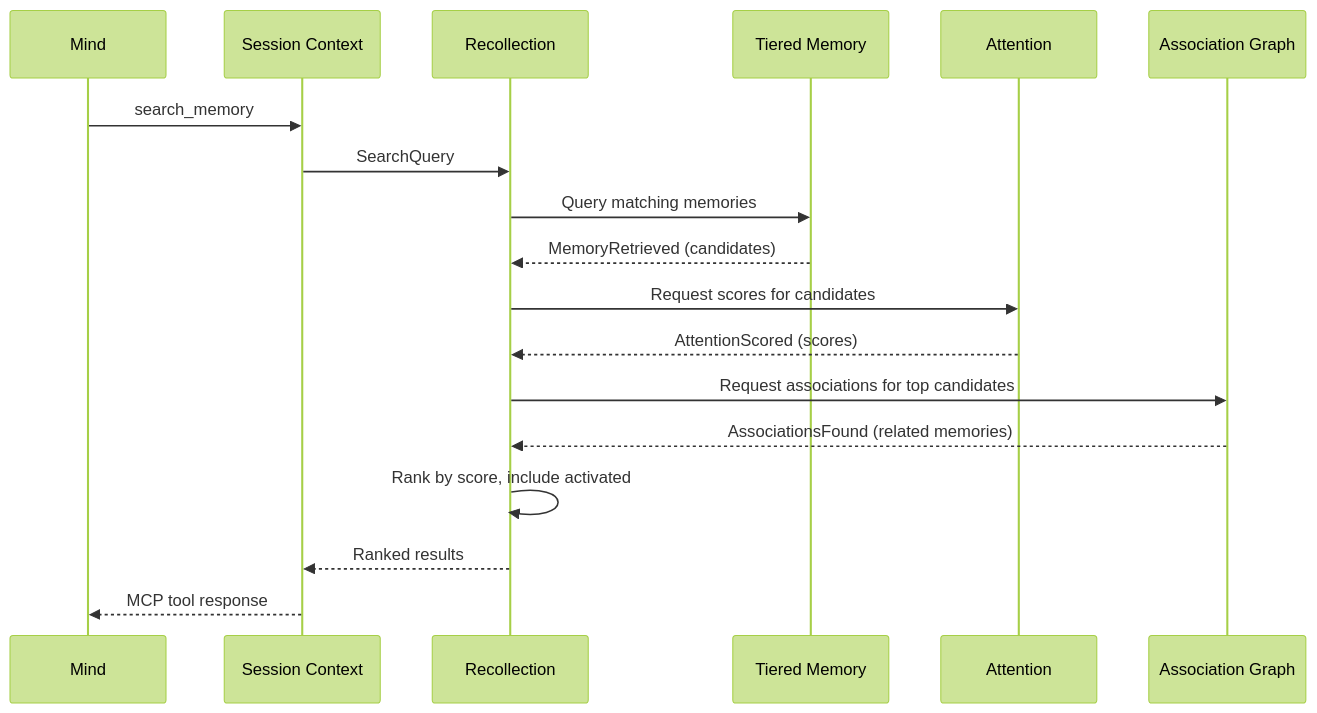
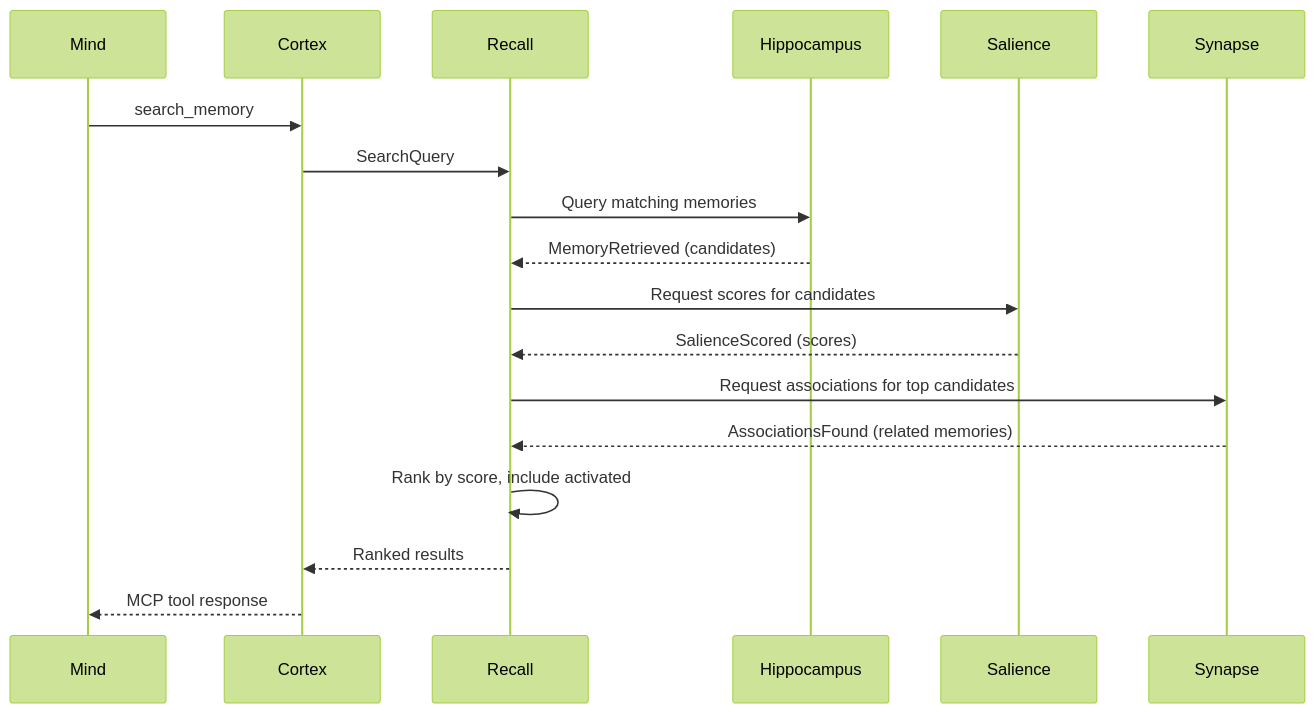
Before and after one commit to Mimis-Gildi/mcp-total-recall: the diagram in site/_includes/diagrams/msg-0002-search-memory.mmd, drawn with Mermaid (forest theme). The commit also changed 31 other files, not shown here.

```diff
--- a/site/_includes/diagrams/msg-0002-search-memory.mmd
+++ b/site/_includes/diagrams/msg-0002-search-memory.mmd
@@ -1,19 +1,19 @@
 sequenceDiagram
     participant C as Mind
-    participant SP as Session Context
-    participant RE as Recollection
-    participant TM as Tiered Memory
-    participant AT as Attention
-    participant AG as Association Graph
+    participant CX as Cortex
+    participant RC as Recall
+    participant HP as Hippocampus
+    participant SL as Salience
+    participant SY as Synapse
 
-    C->>SP: search_memory
-    SP->>RE: SearchQuery
-    RE->>TM: Query matching memories
-    TM-->>RE: MemoryRetrieved (candidates)
-    RE->>AT: Request scores for candidates
-    AT-->>RE: AttentionScored (scores)
-    RE->>AG: Request associations for top candidates
-    AG-->>RE: AssociationsFound (related memories)
-    RE->>RE: Rank by score, include activated
-    RE-->>SP: Ranked results
-    SP-->>C: MCP tool response
+    C->>CX: search_memory
+    CX->>RC: SearchQuery
+    RC->>HP: Query matching memories
+    HP-->>RC: MemoryRetrieved (candidates)
+    RC->>SL: Request scores for candidates
+    SL-->>RC: SalienceScored (scores)
+    RC->>SY: Request associations for top candidates
+    SY-->>RC: AssociationsFound (related memories)
+    RC->>RC: Rank by score, include activated
+    RC-->>CX: Ranked results
+    CX-->>C: MCP tool response
```
